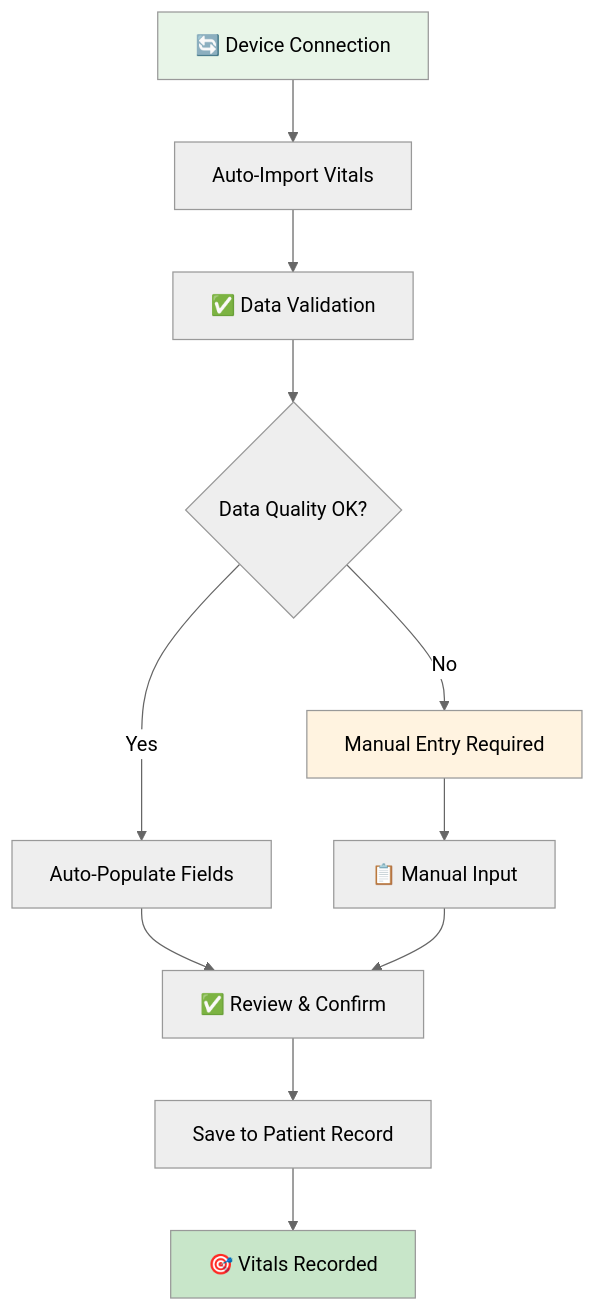
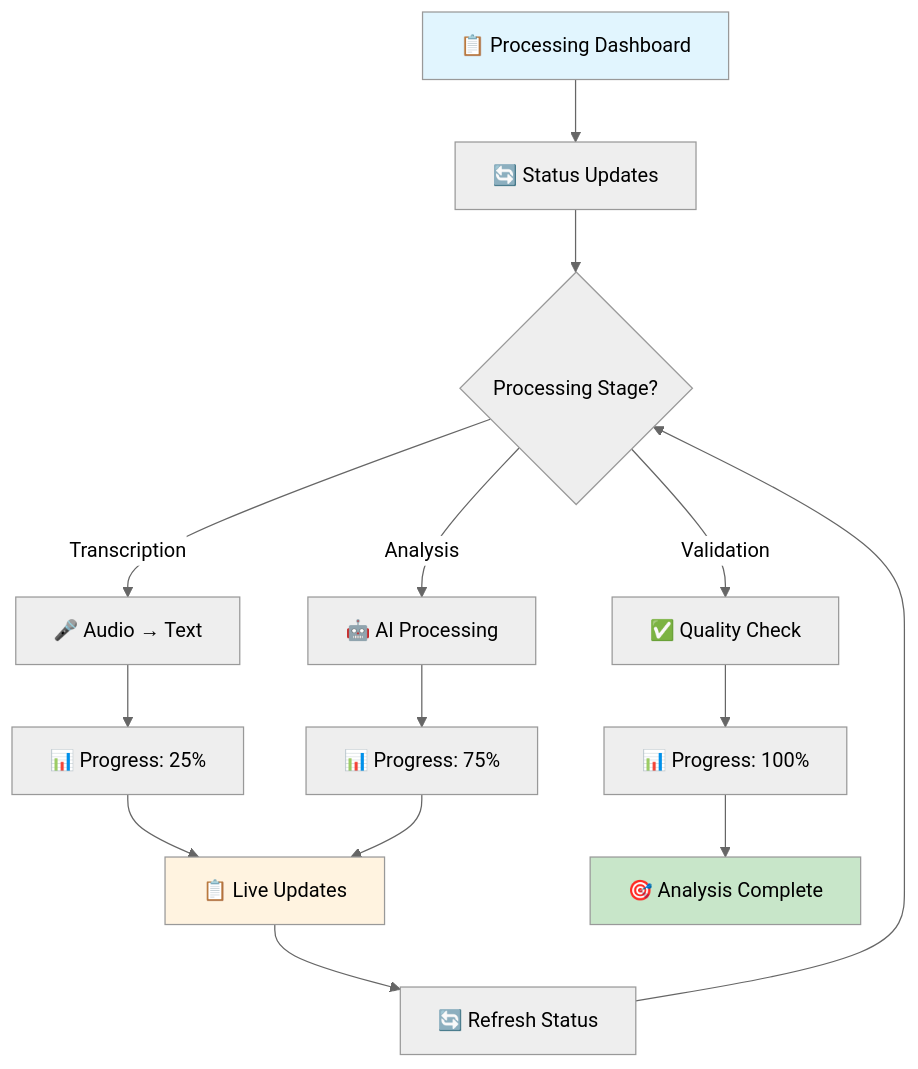
The fourth of 16 diagrams in docs/wireflow-diagrams.md (Duraman3444/PreExamChartingAgent), drawn with Mermaid (neutral theme) before and after one commit. The commit also changed other lines of this file and 5 other files, not shown here.

````diff
--- a/docs/wireflow-diagrams.md
+++ b/docs/wireflow-diagrams.md
@@ -115,17 +114,20 @@
 ```mermaid
 flowchart TD
-    A[🔄 Device Connection] --> B[Auto-Import Vitals]
-    B --> C[✅ Data Validation]
-    C --> D{Data Quality OK?}
-    D -->|No| E[Manual Entry Required]
-    D -->|Yes| F[Auto-Populate Fields]
-    E --> G[📋 Manual Input]
-    F --> H[✅ Review & Confirm]
-    G --> H
-    H --> I[Save to Patient Record]
-    I --> J[🎯 Vitals Recorded]
+    A[📋 Processing Dashboard] --> B[🔄 Status Updates]
+    B --> C{Processing Stage?}
+    C -->|Transcription| D[🎤 Audio → Text]
+    C -->|Analysis| E[🤖 AI Processing]
+    C -->|Validation| F[✅ Quality Check]
+    D --> G[📊 Progress: 25%]
+    E --> H[📊 Progress: 75%]
+    F --> I[📊 Progress: 100%]
+    G --> J[📋 Live Updates]
+    H --> J
+    I --> K[🎯 Analysis Complete]
+    J --> L[🔄 Refresh Status]
+    L --> C
     
-    style A fill:#e8f5e8
-    style J fill:#c8e6c9
-    style E fill:#fff3e0
+    style A fill:#e1f5fe
+    style K fill:#c8e6c9
+    style J fill:#fff3e0
 ```
````
